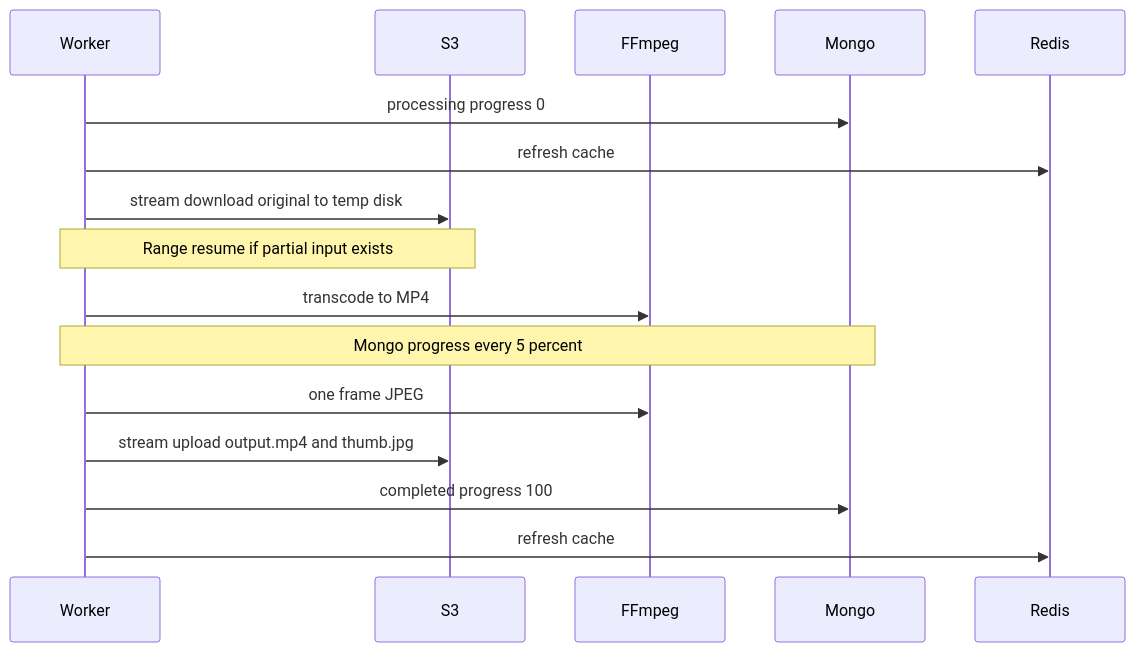
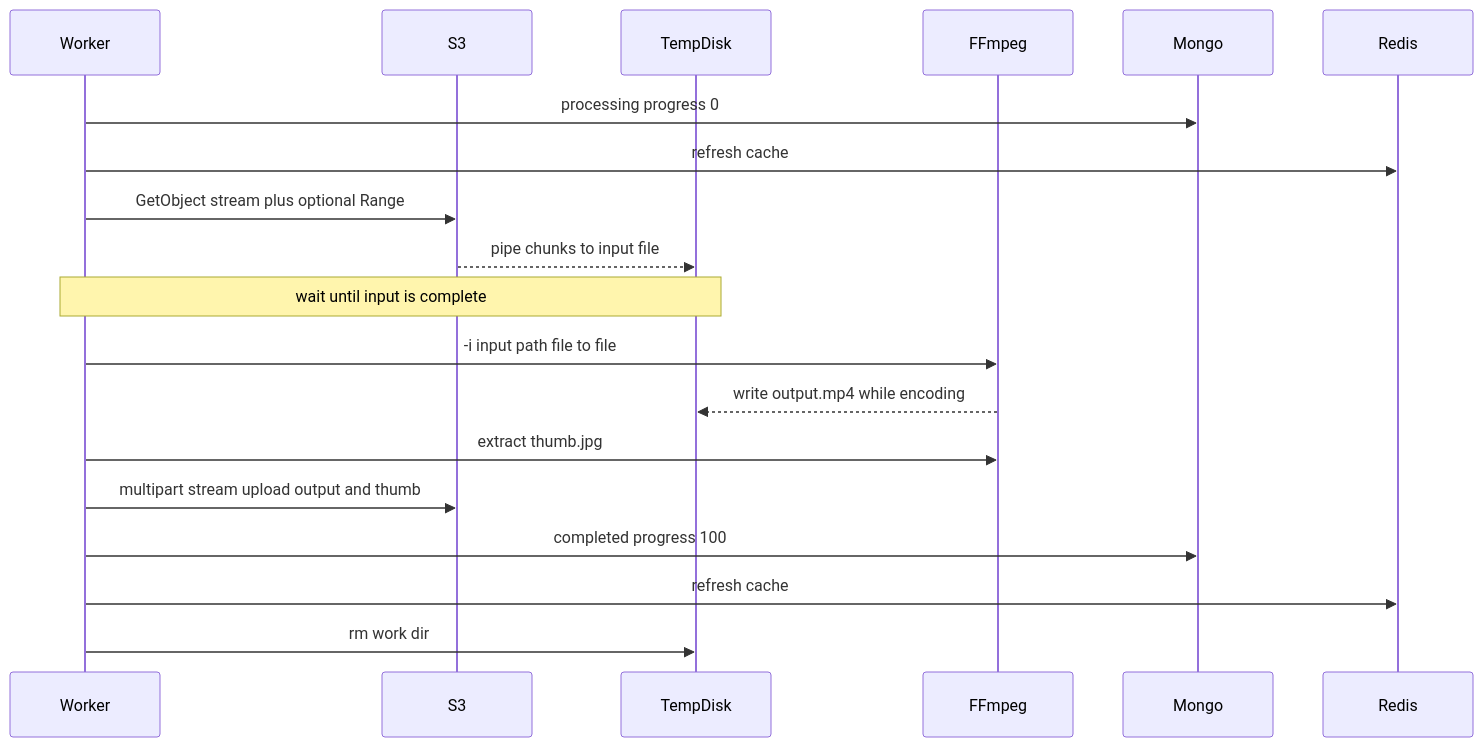
Before and after one commit to Shivanshsri15/VideoProcessing: the fifth of 7 diagrams in README.md, drawn with Mermaid. The commit also changed other lines of this file, not shown here.

````diff
--- a/README.md
+++ b/README.md
@@ -292,19 +293,22 @@
 ```mermaid
 sequenceDiagram
   participant W as Worker
   participant S3 as S3
+  participant Disk as TempDisk
   participant FF as FFmpeg
   participant M as Mongo
   participant R as Redis
 
   W->>M: processing progress 0
   W->>R: refresh cache
-  W->>S3: stream download original to temp disk
-  Note over W,S3: Range resume if partial input exists
-  W->>FF: transcode to MP4
-  Note over W,M: Mongo progress every 5 percent
-  W->>FF: one frame JPEG
-  W->>S3: stream upload output.mp4 and thumb.jpg
+  W->>S3: GetObject stream plus optional Range
+  S3-->>Disk: pipe chunks to input file
+  Note over W,Disk: wait until input is complete
+  W->>FF: -i input path file to file
+  FF-->>Disk: write output.mp4 while encoding
+  W->>FF: extract thumb.jpg
+  W->>S3: multipart stream upload output and thumb
   W->>M: completed progress 100
   W->>R: refresh cache
+  W->>Disk: rm work dir
 ```
````
